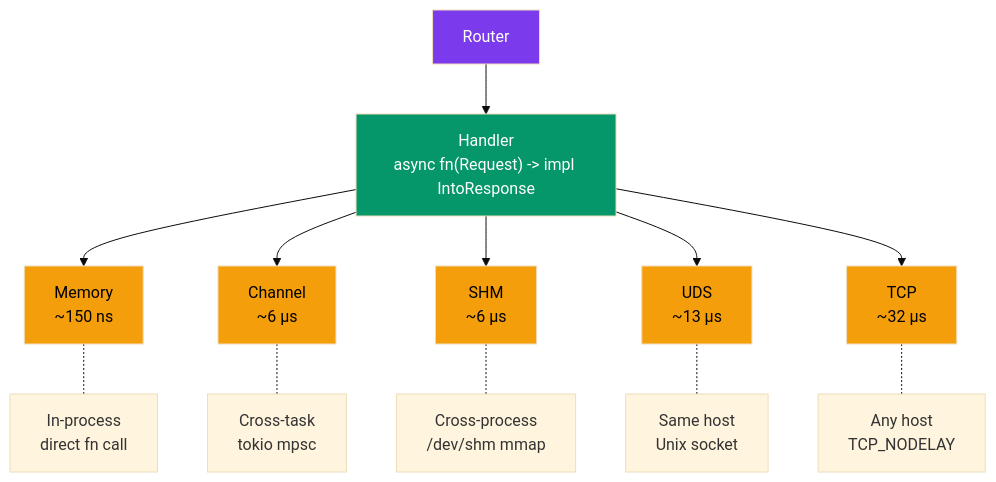
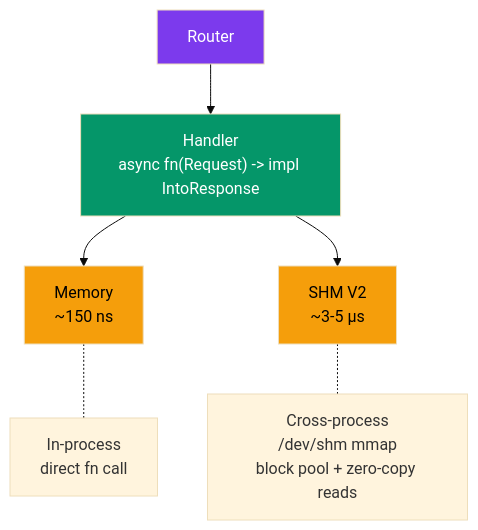
The diagram in README.md (userFRM/crossbar), drawn with Mermaid (base theme) before and after one commit. The commit also changed other lines of this file and 16 other files, not shown here.

First line of the commit message:
Lean restart: strip TCP/UDS/Channel, implement SHM V2 block pool with O(1) reads

````diff
--- a/README.md
+++ b/README.md
@@ -293,24 +177,15 @@
 ```mermaid
 graph TD
     R["Router"] --> H["Handler<br>async fn(Request) -> impl IntoResponse"]
 
     H --> M["Memory<br>~150 ns"]
-    H --> CH["Channel<br>~6 µs"]
-    H --> SHM["SHM<br>~6 µs"]
-    H --> UDS["UDS<br>~13 µs"]
-    H --> TCP["TCP<br>~32 µs"]
+    H --> SHM["SHM V2<br>~3-5 µs"]
 
     M -.- MP["In-process<br>direct fn call"]
-    CH -.- CP["Cross-task<br>tokio mpsc"]
-    SHM -.- SP["Cross-process<br>/dev/shm mmap"]
-    UDS -.- UP["Same host<br>Unix socket"]
-    TCP -.- TP["Any host<br>TCP_NODELAY"]
+    SHM -.- SP["Cross-process<br>/dev/shm mmap<br>block pool + zero-copy reads"]
 
     style R fill:#7c3aed,color:#fff
     style H fill:#059669,color:#fff
     style M fill:#f59e0b,color:#000
-    style CH fill:#f59e0b,color:#000
     style SHM fill:#f59e0b,color:#000
-    style UDS fill:#f59e0b,color:#000
-    style TCP fill:#f59e0b,color:#000
 ```
````
